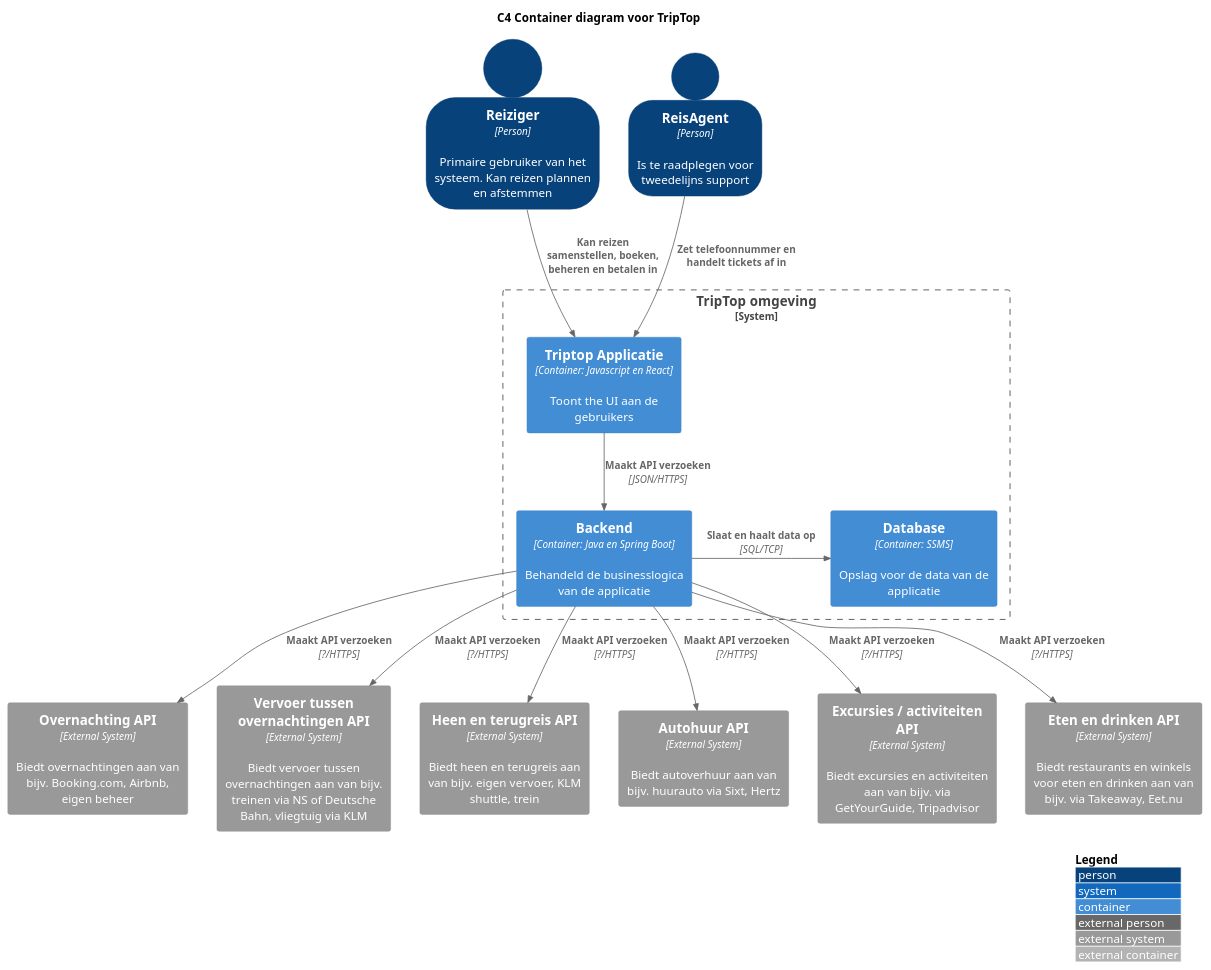
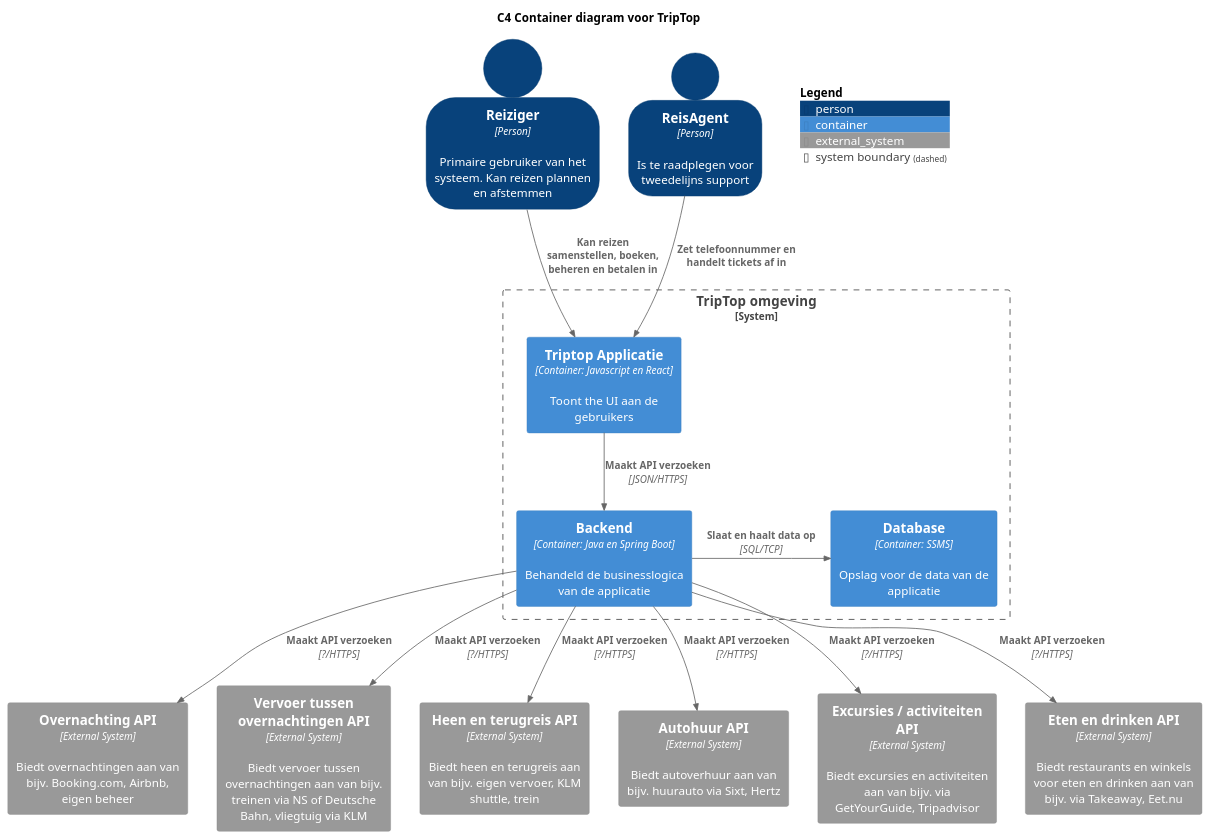
One commit to AIM-ENE-feb25/triptop-groep-4-jochem-roald-stijn-a changed the diagram in opdrachten/wiremock/jochem/container-diagram-triptop.puml. Above: the diagram before and after it, drawn with PlantUML. The commit also changed 4 other files, not shown here.

```diff
--- a/opdrachten/wiremock/jochem/container-diagram-triptop.puml
+++ b/opdrachten/wiremock/jochem/container-diagram-triptop.puml
@@ -1,38 +1,39 @@
 @startuml
 title C4 Container diagram voor TripTop
 !include <C4/C4_Container.puml>
 
 top to bottom direction
 
-LAYOUT_WITH_LEGEND()
 SHOW_PERSON_OUTLINE()
 
 Person(reiziger, "Reiziger", "Primaire gebruiker van het systeem. Kan reizen plannen en afstemmen", $type="Person")
 Person(reisagent, "ReisAgent", "Is te raadplegen voor tweedelijns support", $type="Person")
 
 System_Boundary(system, "TripTop omgeving") {
     Container(triptop, "Backend", "Container: Java en Spring Boot", "Behandeld de businesslogica van de applicatie")
     Container(triptopUI, "Triptop Applicatie", "Container: Javascript en React", "Toont the UI aan de gebruikers")
     Container(db, "Database", "Container: SSMS", "Opslag voor de data van de applicatie")
 }
 
 Rel(reiziger, triptopUI, "Kan reizen samenstellen, boeken, beheren en betalen in")
 Rel(reisagent, triptopUI, "Zet telefoonnummer en handelt tickets af in")
 Rel(triptopUI, triptop, "Maakt API verzoeken", "JSON/HTTPS")
 Rel_R(triptop, db, "Slaat en haalt data op", "SQL/TCP")
 
 System_Ext(overnachting, "Overnachting API", "Biedt overnachtingen aan van bijv. Booking.com, Airbnb, eigen beheer", $type="External System")
 System_Ext(vervoer, "Vervoer tussen overnachtingen API", "Biedt vervoer tussen overnachtingen aan van bijv. treinen via NS of Deutsche Bahn, vliegtuig via KLM", $type="External System")
 System_Ext(reis, "Heen en terugreis API", "Biedt heen en terugreis aan van bijv. eigen vervoer, KLM shuttle, trein", $type="External System")
 System_Ext(autohuur, "Autohuur API", "Biedt autoverhuur aan van bijv. huurauto via Sixt, Hertz", $type="External System")
 System_Ext(activiteiten, "Excursies / activiteiten API", "Biedt excursies en activiteiten aan van bijv. via GetYourGuide, Tripadvisor", $type="External System")
 System_Ext(eten, "Eten en drinken API", "Biedt restaurants en winkels voor eten en drinken aan van bijv. via Takeaway, Eet.nu", $type="External System")
 
 Rel(triptop, overnachting, "Maakt API verzoeken", "?/HTTPS")
 Rel(triptop, vervoer, "Maakt API verzoeken", "?/HTTPS")
 Rel(triptop, reis, "Maakt API verzoeken", "?/HTTPS")
 Rel(triptop, autohuur, "Maakt API verzoeken", "?/HTTPS")
 Rel(triptop, activiteiten, "Maakt API verzoeken", "?/HTTPS")
 Rel(triptop, eten, "Maakt API verzoeken", "?/HTTPS")
 
+SHOW_FLOATING_LEGEND()
+
 @enduml
```
